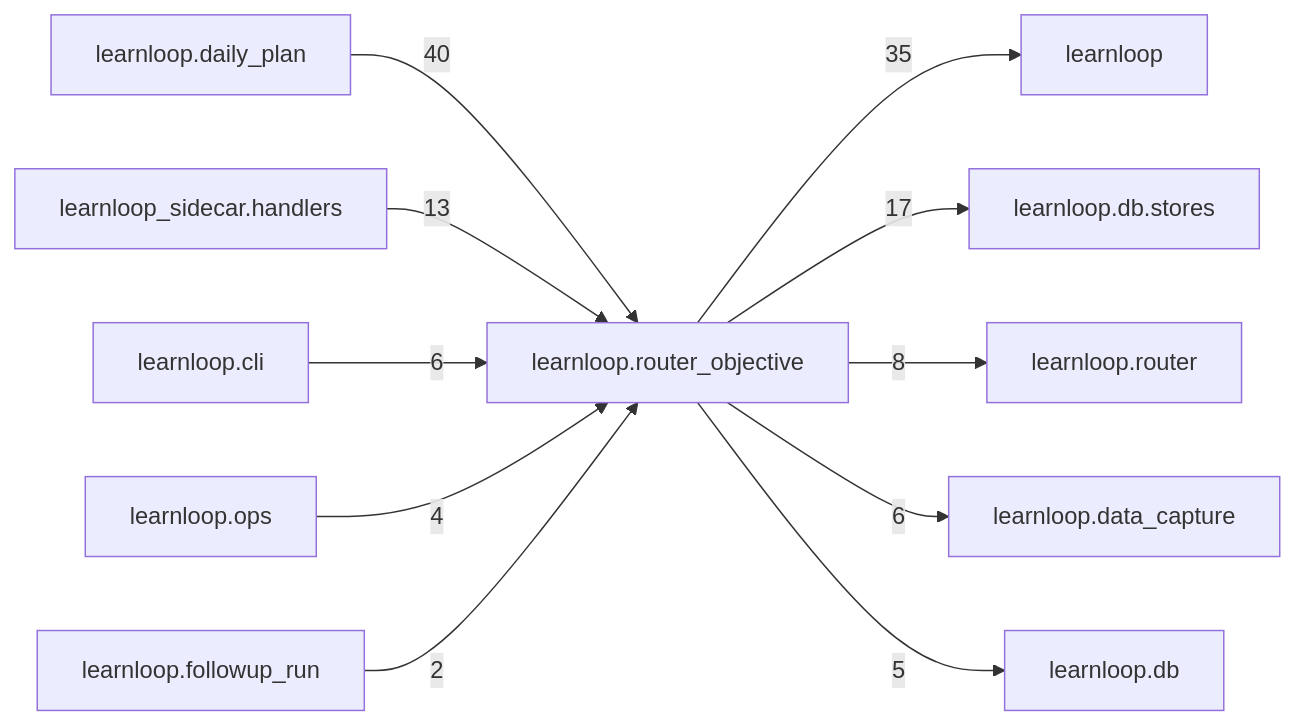
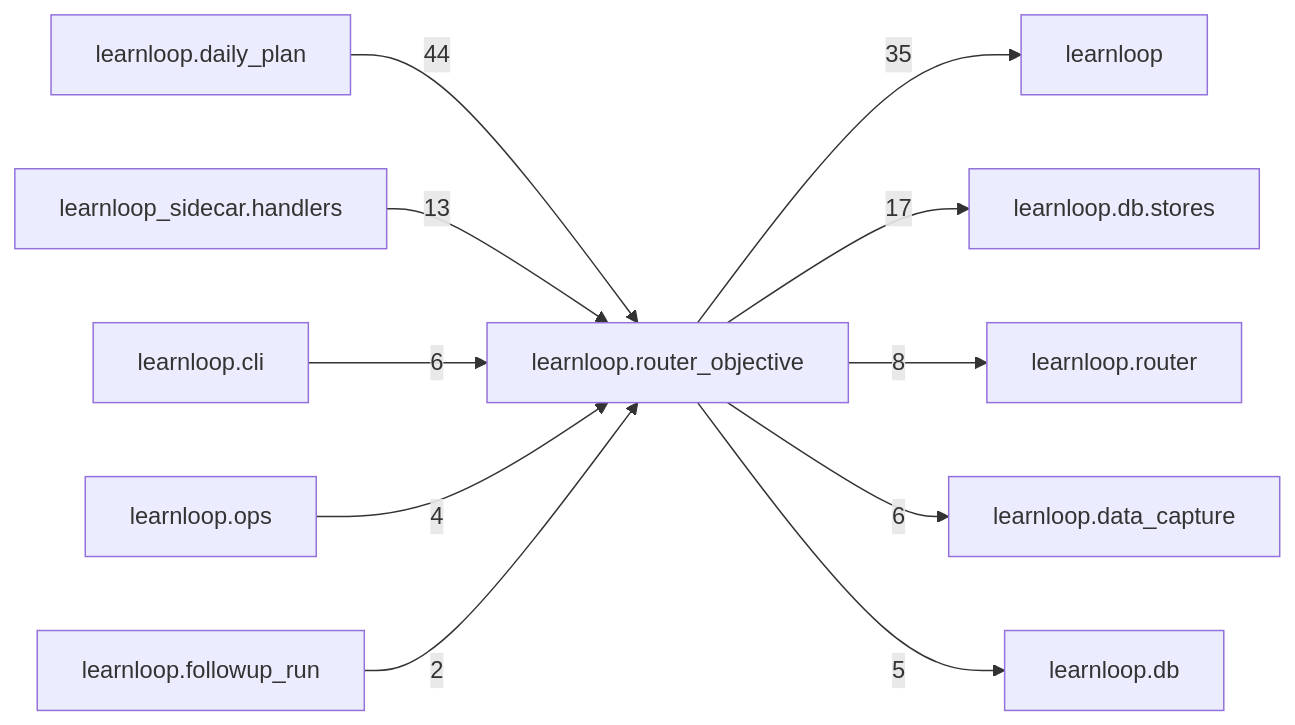
The diagram in docs/learnloop-architecture-vault/Reference/Modules/learnloop/router_objective/_package.md (6up-b/learnanything), drawn with Mermaid before and after one commit. The commit also changed other lines of this file and 69 other files, not shown here.

````diff
--- a/docs/learnloop-architecture-vault/Reference/Modules/learnloop/router_objective/_package.md
+++ b/docs/learnloop-architecture-vault/Reference/Modules/learnloop/router_objective/_package.md
@@ -167,24 +169,24 @@
 ```mermaid
 flowchart LR
     center["learnloop.router_objective"]
     n_learnloop_daily_plan["learnloop.daily_plan"]
     n_learnloop["learnloop"]
     n_learnloop_db_stores["learnloop.db.stores"]
     n_learnloop_sidecar_handlers["learnloop_sidecar.handlers"]
     n_learnloop_router["learnloop.router"]
     n_learnloop_cli["learnloop.cli"]
     n_learnloop_data_capture["learnloop.data_capture"]
     n_learnloop_db["learnloop.db"]
     n_learnloop_ops["learnloop.ops"]
     n_learnloop_followup_run["learnloop.followup_run"]
-    n_learnloop_daily_plan -->|40| center
+    n_learnloop_daily_plan -->|44| center
     center -->|35| n_learnloop
     center -->|17| n_learnloop_db_stores
     n_learnloop_sidecar_handlers -->|13| center
     center -->|8| n_learnloop_router
     n_learnloop_cli -->|6| center
     center -->|6| n_learnloop_data_capture
     center -->|5| n_learnloop_db
     n_learnloop_ops -->|4| center
     n_learnloop_followup_run -->|2| center
 ```
````
